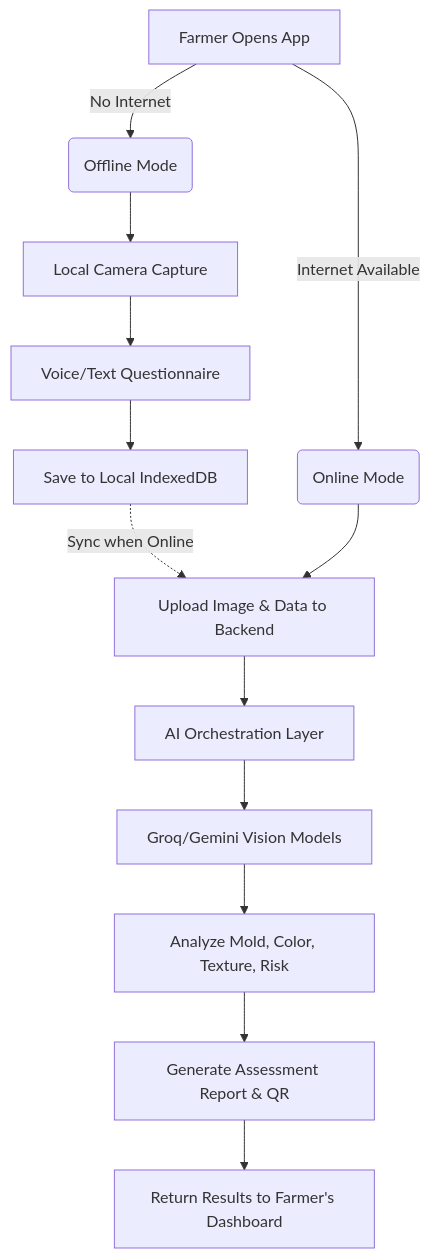
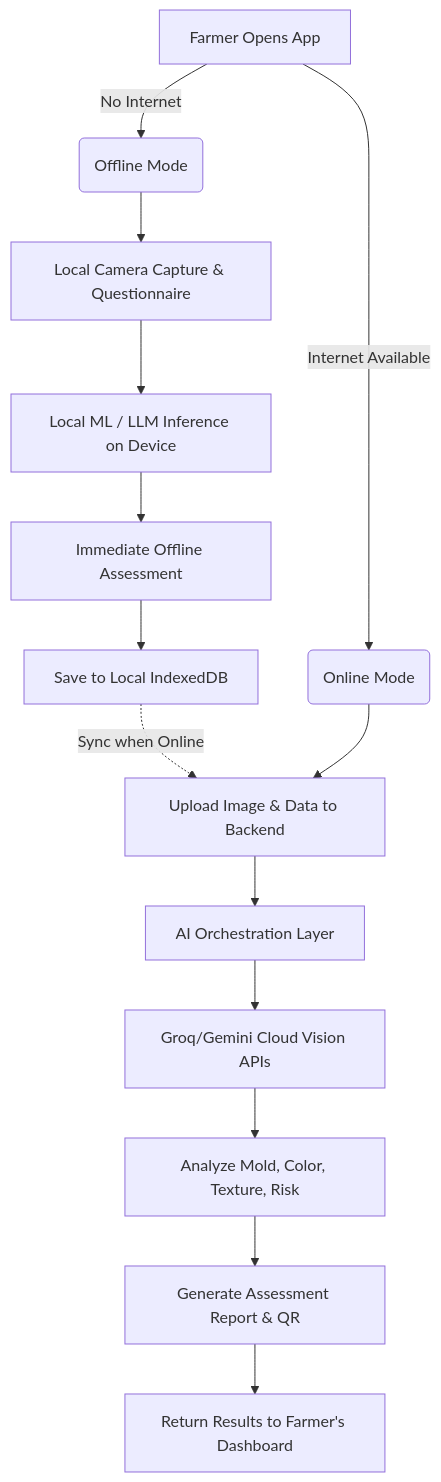
Before and after one commit to god-the-coder/SIH-PashuChara: the diagram in README.md, drawn with Mermaid. The commit also changed other lines of this file, not shown here.

Commit message:
docs: explain local ML/LLM offline inference capability in README

````diff
--- a/README.md
+++ b/README.md
@@ -40,17 +40,18 @@
 ```mermaid
 graph TD
     A[Farmer Opens App] -->|No Internet| B(Offline Mode)
     A -->|Internet Available| C(Online Mode)
     
-    B --> D[Local Camera Capture]
-    D --> E[Voice/Text Questionnaire]
-    E --> F[Save to Local IndexedDB]
-    F -.->|Sync when Online| G
+    B --> D[Local Camera Capture & Questionnaire]
+    D --> E[Local ML / LLM Inference on Device]
+    E --> F[Immediate Offline Assessment]
+    F --> G[Save to Local IndexedDB]
+    G -.->|Sync when Online| H
     
-    C --> G[Upload Image & Data to Backend]
-    G --> H[AI Orchestration Layer]
-    H --> I[Groq/Gemini Vision Models]
-    I --> J[Analyze Mold, Color, Texture, Risk]
-    J --> K[Generate Assessment Report & QR]
-    K --> L[Return Results to Farmer's Dashboard]
+    C --> H[Upload Image & Data to Backend]
+    H --> I[AI Orchestration Layer]
+    I --> J[Groq/Gemini Cloud Vision APIs]
+    J --> K[Analyze Mold, Color, Texture, Risk]
+    K --> L[Generate Assessment Report & QR]
+    L --> M[Return Results to Farmer's Dashboard]
 ```
````
